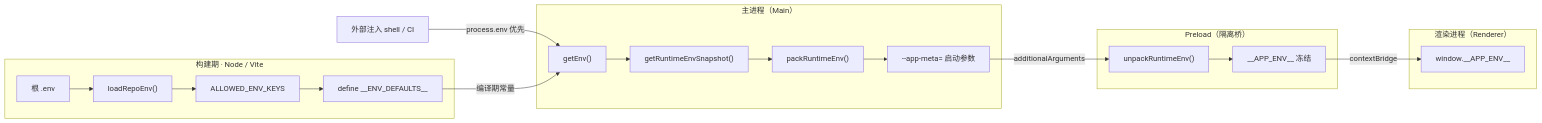
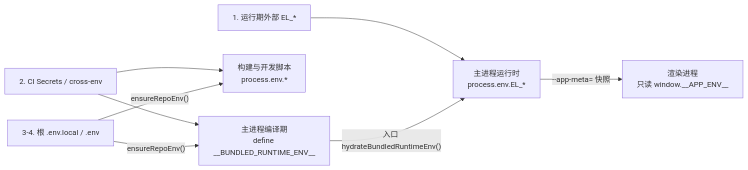
The diagram in packages/docs/src/pages/engineering/env-vars.md (BanShan-Alec/electron-react-monorepo-template), drawn with Mermaid before and after one commit. The commit also changed other lines of this file and 82 other files, not shown here.

````diff
--- a/packages/docs/src/pages/engineering/env-vars.md
+++ b/packages/docs/src/pages/engineering/env-vars.md
@@ -22,29 +30,10 @@
 ```mermaid
 flowchart LR
-  subgraph build["构建期 · Node / Vite"]
-    envFile["根 .env"]
-    loadRepoEnv["loadRepoEnv()"]
-    whitelist["ALLOWED_ENV_KEYS"]
-    defineEnv["define __ENV_DEFAULTS__"]
-    envFile --> loadRepoEnv --> whitelist --> defineEnv
-  end
-  subgraph main["主进程（Main）"]
-    getEnv["getEnv()"]
-    snapshot["getRuntimeEnvSnapshot()"]
-    packed["packRuntimeEnv()"]
-    appMeta["--app-meta= 启动参数"]
-    getEnv --> snapshot --> packed --> appMeta
-  end
-  subgraph preload["Preload（隔离桥）"]
-    unpack["unpackRuntimeEnv()"]
-    expose["__APP_ENV__ 冻结"]
-    unpack --> expose
-  end
-  subgraph renderer["渲染进程（Renderer）"]
-    consume["window.__APP_ENV__"]
-  end
-  external["外部注入 shell / CI"] -->|"process.env 优先"| getEnv
-  defineEnv -->|"编译期常量"| getEnv
-  appMeta -->|"additionalArguments"| unpack
-  expose -->|"contextBridge"| consume
+  S1["1. 运行期外部 EL_*"] --> MRun
+  S2["2. CI Secrets / cross-env"] --> Build
+  S2 --> MBuild
+  S3["3-4. 根 .env.local / .env"] -->|"ensureRepoEnv()"| Build["构建与开发脚本<br/>process.env.*"]
+  S3 -->|"ensureRepoEnv()"| MBuild["主进程编译期<br/>define __BUNDLED_RUNTIME_ENV__"]
+  MBuild -->|"入口 hydrateBundledRuntimeEnv()"| MRun["主进程运行时<br/>process.env.EL_*"]
+  MRun -->|"--app-meta= 快照"| RRun["渲染进程<br/>只读 window.__APP_ENV__"]
 ```
````
